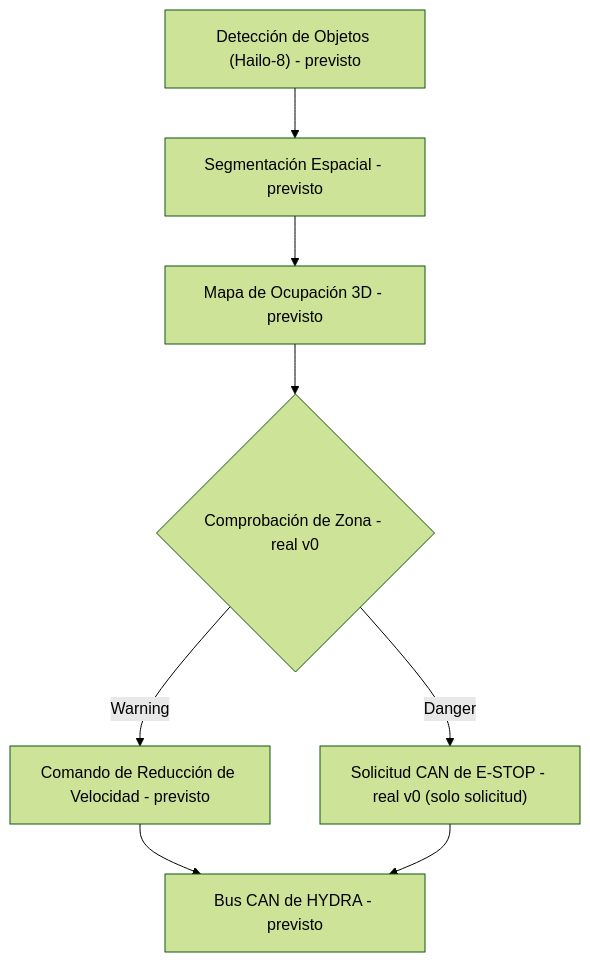
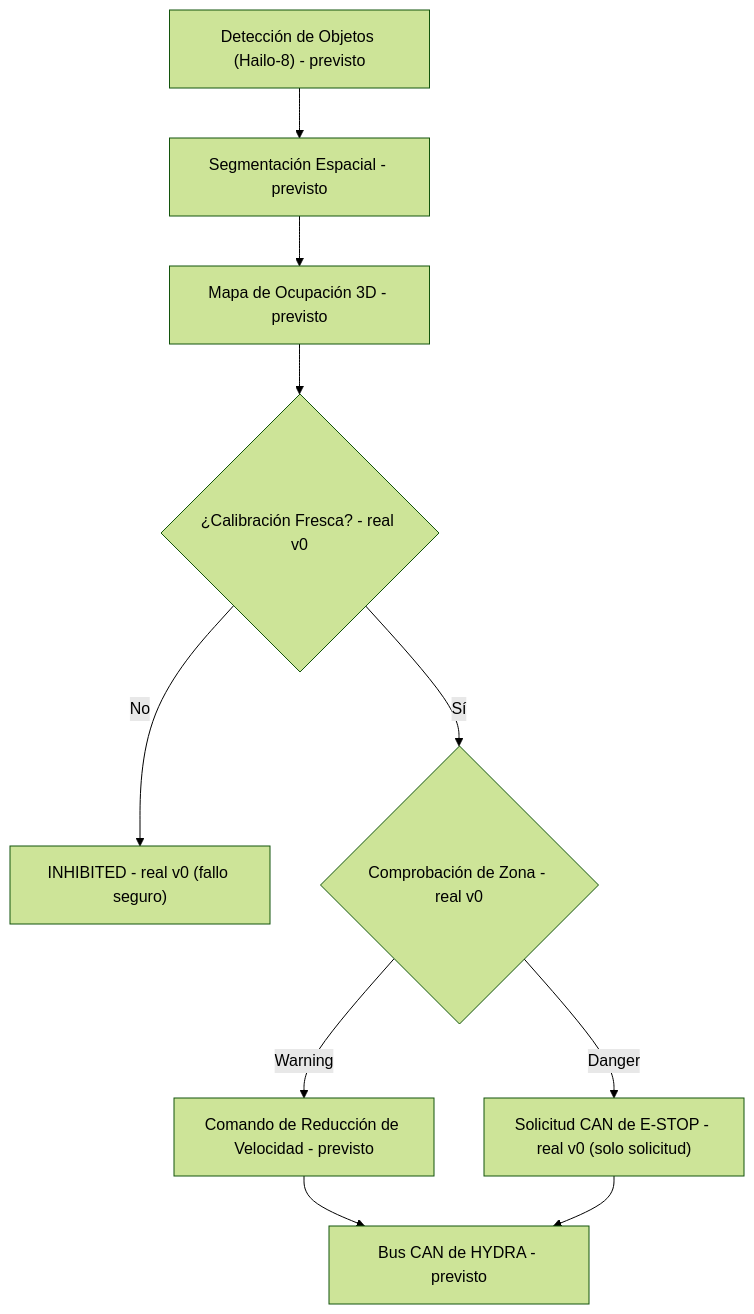
Before and after one commit to JuanenRac/HYDRA-UMC-SAFETY-ZONES: the diagram in README_spa.md, drawn with Mermaid (forest theme). The commit also changed other lines of this file and 19 other files, not shown here.

````diff
--- a/README_spa.md
+++ b/README_spa.md
@@ -45,10 +46,12 @@
 ```mermaid
 flowchart TB
     DET["Detección de Objetos (Hailo-8) - previsto"] --> SEG["Segmentación Espacial - previsto"]
     SEG --> MAP["Mapa de Ocupación 3D - previsto"]
-    MAP --> ZONE{"Comprobación de Zona - real v0"}
+    MAP --> CAL{"¿Calibración Fresca? - real v0"}
+    CAL -- No --> INHIBIT["INHIBITED - real v0 (fallo seguro)"]
+    CAL -- Sí --> ZONE{"Comprobación de Zona - real v0"}
     ZONE -- Warning --> SLOW["Comando de Reducción de Velocidad - previsto"]
     ZONE -- Danger --> STOP["Solicitud CAN de E-STOP - real v0 (solo solicitud)"]
     SLOW --> CAN["Bus CAN de HYDRA - previsto"]
     STOP --> CAN
 ```
````
